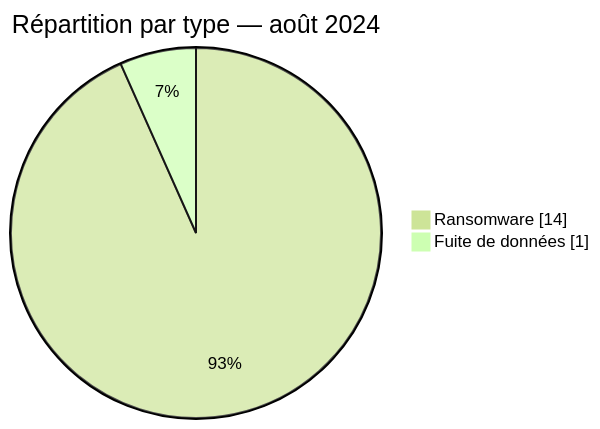
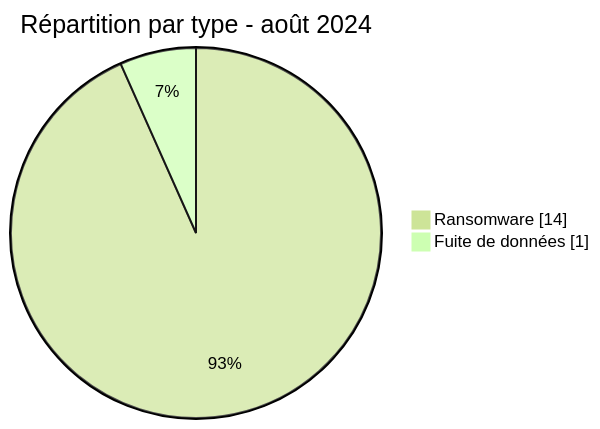
One commit to Hatchepsoute/AFRINTEL changed the second of 2 diagrams in CyberAttackAfrica/2024/08-august/README_FR.md. Above: the diagram before and after it, drawn with Mermaid (forest theme). The commit also changed other lines of this file and 182 other files, not shown here.

````diff
--- a/CyberAttackAfrica/2024/08-august/README_FR.md
+++ b/CyberAttackAfrica/2024/08-august/README_FR.md
@@ -56,6 +56,6 @@
 ```mermaid
 pie showData
-    title Répartition par type — août 2024
+    title Répartition par type - août 2024
     "Ransomware" : 14
     "Fuite de données" : 1
 ```
````
